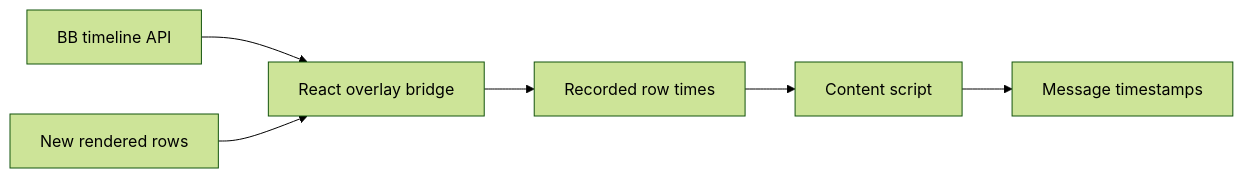
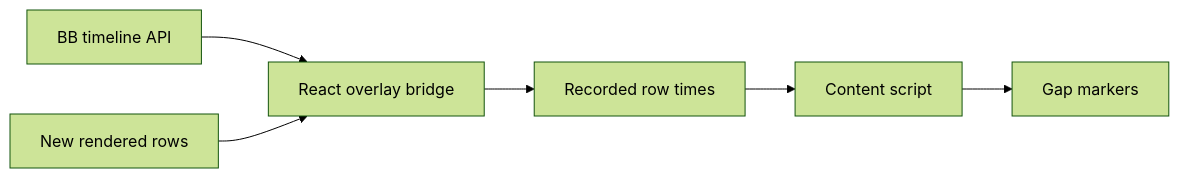
One commit to connorads/dotfiles changed the diagram in src/bb-plugins/chat-timestamps/README.md. Above: the diagram before and after it, drawn with Mermaid (forest theme). The commit also changed other lines of this file and 8 other files, not shown here.

First line of the commit message:
feat(bb): group message times into quiet gap markers

````diff
--- a/src/bb-plugins/chat-timestamps/README.md
+++ b/src/bb-plugins/chat-timestamps/README.md
@@ -8,8 +14,8 @@
 ```mermaid
 flowchart LR
   API[BB timeline API] --> Bridge[React overlay bridge]
   Bridge --> Store[Recorded row times]
   Store --> Script[Content script]
-  Script --> Labels[Message timestamps]
+  Script --> Labels[Gap markers]
   Rows[New rendered rows] --> Bridge
 ```
````
